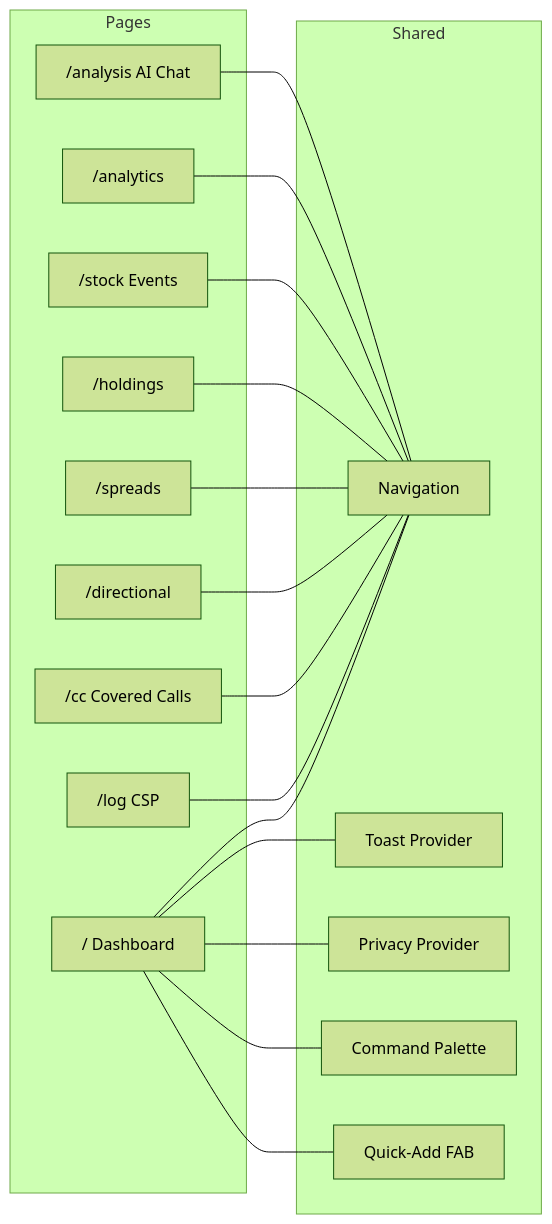
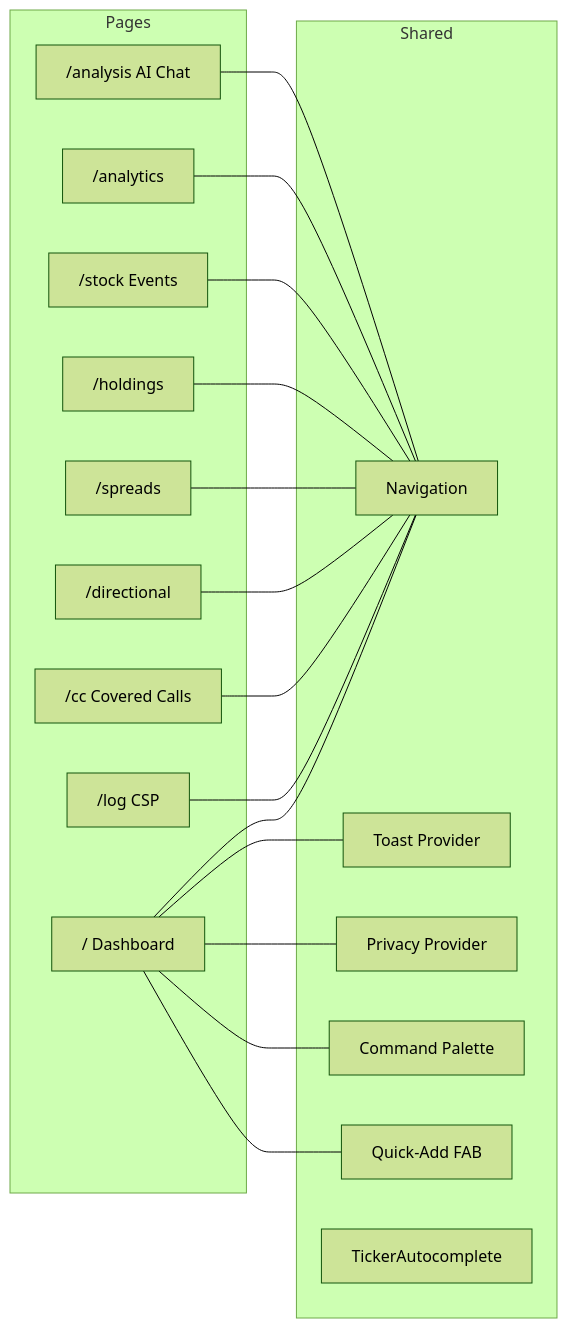
Before and after one commit to OptiTrade-AI/trading-dashboard: the fifth of 9 diagrams in docs/architecture.md, drawn with Mermaid (forest theme). The commit also changed other lines of this file and 4 other files, not shown here.

````diff
--- a/docs/architecture.md
+++ b/docs/architecture.md
@@ -126,36 +126,37 @@
 ```mermaid
 graph LR
     subgraph Pages
         D["/ Dashboard"]
         L["/log CSP"]
         CC["/cc Covered Calls"]
         DR["/directional"]
         SP["/spreads"]
         H["/holdings"]
         SE["/stock Events"]
         AN["/analytics"]
         AI["/analysis AI Chat"]
     end
 
     subgraph Shared
         Nav["Navigation"]
         Toast["Toast Provider"]
         Privacy["Privacy Provider"]
         CmdK["Command Palette"]
         FAB["Quick-Add FAB"]
+        Ticker["TickerAutocomplete"]
     end
 
     D --- Nav
     D --- Toast
     D --- Privacy
     D --- CmdK
     D --- FAB
     L --- Nav
     CC --- Nav
     DR --- Nav
     SP --- Nav
     H --- Nav
     SE --- Nav
     AN --- Nav
     AI --- Nav
 ```
````
